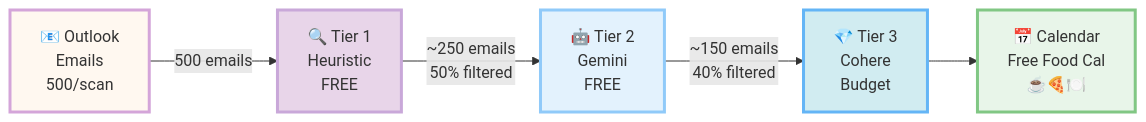
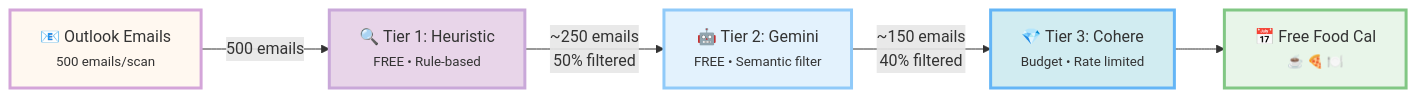
The diagram in README.md (shalkoda/freefoodcal_agent), drawn with Mermaid before and after one commit.

````diff
--- a/README.md
+++ b/README.md
@@ -19,13 +19,13 @@
 ```mermaid
 flowchart LR
-    A[📧 Outlook<br/>Emails<br/>500/scan] -->|500 emails| B[🔍 Tier 1<br/>Heuristic<br/>FREE]
-    B -->|~250 emails<br/>50% filtered| C[🤖 Tier 2<br/>Gemini<br/>FREE]
-    C -->|~150 emails<br/>40% filtered| D[💎 Tier 3<br/>Cohere<br/>Budget]
-    D --> E[📅 Calendar<br/>Free Food Cal<br/>☕🍕🍽️]
+    A["📧 Outlook Emails<br/><small>500 emails/scan</small>"] -->|"500 emails"| B["🔍 Tier 1: Heuristic<br/><small>FREE • Rule-based</small>"]
+    B -->|"~250 emails<br/>50% filtered"| C["🤖 Tier 2: Gemini<br/><small>FREE • Semantic filter</small>"]
+    C -->|"~150 emails<br/>40% filtered"| D["💎 Tier 3: Cohere<br/><small>Budget • Rate limited</small>"]
+    D --> E["📅 Free Food Cal<br/><small>☕ 🍕 🍽️</small>"]
     
     style A fill:#fff8f0,stroke:#d4a5d9,stroke-width:3px
     style B fill:#e8d5e9,stroke:#c9a8d9,stroke-width:3px
     style C fill:#e3f2fd,stroke:#90caf9,stroke-width:3px
     style D fill:#d1ecf1,stroke:#64b5f6,stroke-width:3px
     style E fill:#e8f5e9,stroke:#81c784,stroke-width:3px
 ```
````
